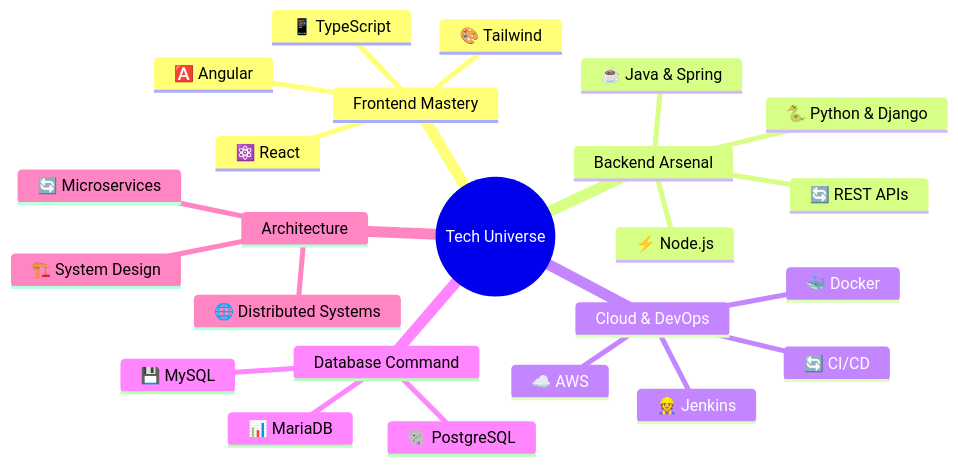
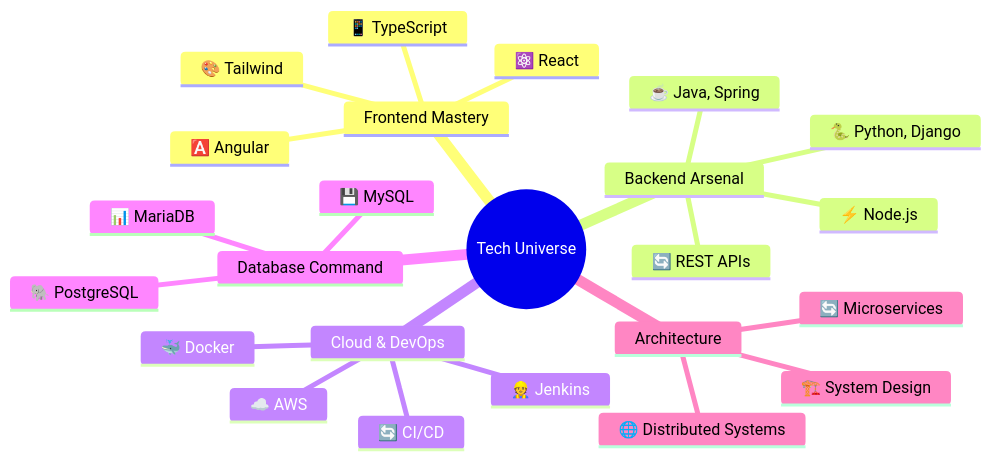
The diagram in README.md (Pranith-21/Pranith-21), drawn with Mermaid before and after one commit.

````diff
--- a/README.md
+++ b/README.md
@@ -22,27 +22,27 @@
 ```mermaid
 mindmap
   root((Tech Universe))
     Frontend Mastery
       ⚛️ React
       🅰️ Angular
       📱 TypeScript
       🎨 Tailwind
     Backend Arsenal
-      ☕ Java & Spring
-      🐍 Python & Django
+      ☕ Java, Spring
+      🐍 Python, Django
       ⚡ Node.js
       🔄 REST APIs
     Cloud & DevOps
       ☁️ AWS
       🐳 Docker
       🔄 CI/CD
       👷 Jenkins
     Database Command
       💾 MySQL
       🐘 PostgreSQL
       📊 MariaDB
     Architecture
       🏗️ System Design
       🔄 Microservices
       🌐 Distributed Systems
 ```
````
